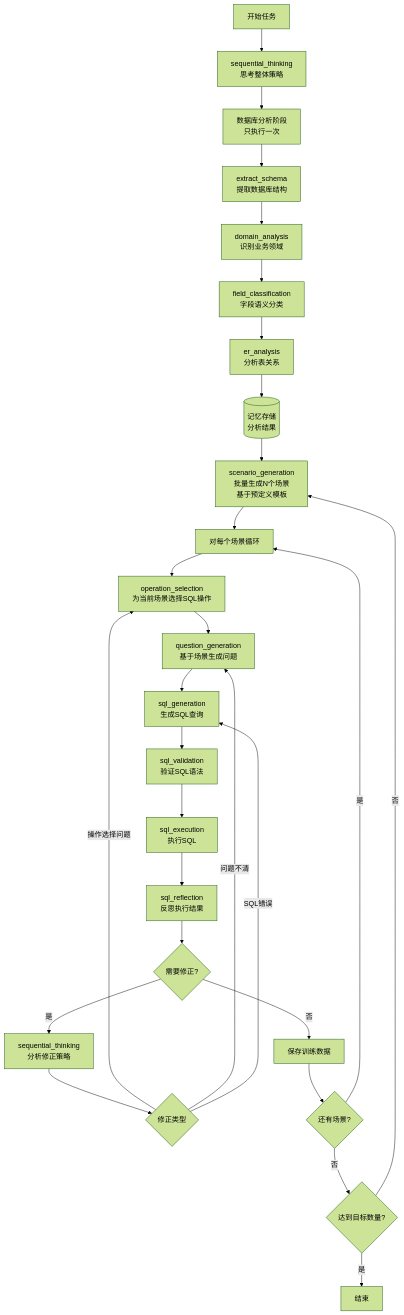
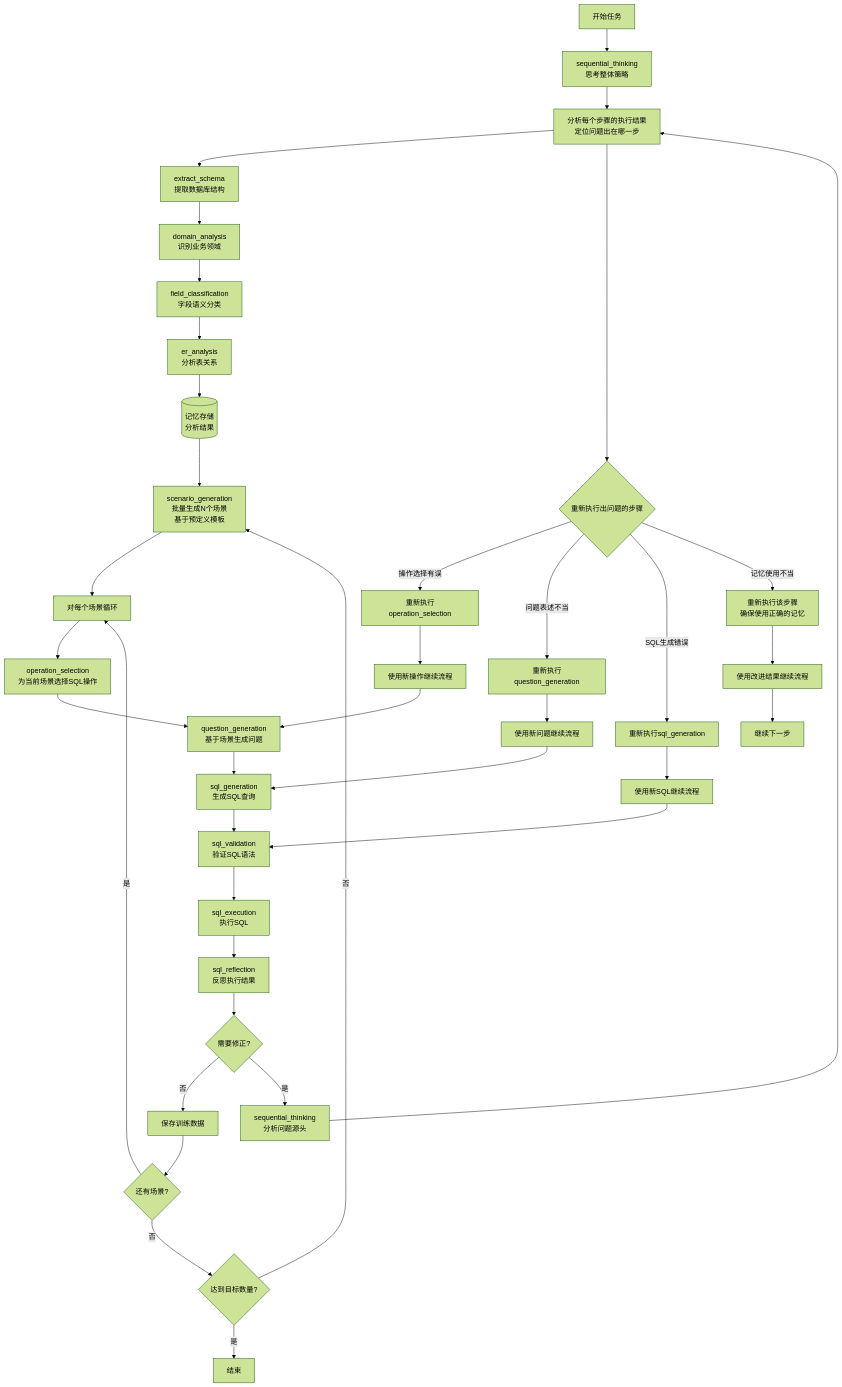
The diagram in semanticsql-agent/.doc/semanticsql-agent_DESIGN_SPEC.md (lizhenping/SemanticSQL-Agent), drawn with Mermaid (forest theme) before and after one commit.

Commit message:
Refactor error handling flow in design spec with detailed problem analysis

````diff
--- a/semanticsql-agent/.doc/semanticsql-agent_DESIGN_SPEC.md
+++ b/semanticsql-agent/.doc/semanticsql-agent_DESIGN_SPEC.md
@@ -70,36 +70,49 @@
 ```mermaid
 graph TB
     Start[开始任务] --> Think1[sequential_thinking<br/>思考整体策略]
     Think1 --> Analyze[数据库分析阶段<br/>只执行一次]
     
     Analyze --> Schema[extract_schema<br/>提取数据库结构]
     Schema --> Domain[domain_analysis<br/>识别业务领域]
     Domain --> Field[field_classification<br/>字段语义分类]
     Field --> ER[er_analysis<br/>分析表关系]
     ER --> Memory[(记忆存储<br/>分析结果)]
     
     Memory --> ScenarioBatch[scenario_generation<br/>批量生成N个场景<br/>基于预定义模板]
     
     ScenarioBatch --> ScenarioLoop[对每个场景循环]
     ScenarioLoop --> Operation[operation_selection<br/>为当前场景选择SQL操作]
     Operation --> Question[question_generation<br/>基于场景生成问题]
     Question --> SQL[sql_generation<br/>生成SQL查询]
     SQL --> Validate[sql_validation<br/>验证SQL语法]
     Validate --> Execute[sql_execution<br/>执行SQL]
     Execute --> Reflect[sql_reflection<br/>反思执行结果]
     
     Reflect --> Judge{需要修正?}
     Judge -->|否| Save[保存训练数据]
-    Judge -->|是| ThinkFix[sequential_thinking<br/>分析修正策略]
+    Judge -->|是| ThinkFix[sequential_thinking<br/>分析问题源头]
     
-    ThinkFix --> FixType{修正类型}
-    FixType -->|操作选择问题| Operation
-    FixType -->|问题不清| Question
-    FixType -->|SQL错误| SQL
+    ThinkFix --> Analyze[分析每个步骤的执行结果<br/>定位问题出在哪一步]
+    
+    Analyze --> ReDo{重新执行出问题的步骤}
+    ReDo -->|操作选择有误| ReOperation[重新执行operation_selection]
+    ReDo -->|问题表述不当| ReQuestion[重新执行question_generation]
+    ReDo -->|SQL生成错误| ReSQL[重新执行sql_generation]
+    ReDo -->|记忆使用不当| ReMemory[重新执行该步骤<br/>确保使用正确的记忆]
+    
+    ReOperation --> Continue1[使用新操作继续流程]
+    ReQuestion --> Continue2[使用新问题继续流程]
+    ReSQL --> Continue3[使用新SQL继续流程]
+    ReMemory --> Continue4[使用改进结果继续流程]
+    
+    Continue1 --> Question
+    Continue2 --> SQL
+    Continue3 --> Validate
+    Continue4 --> NextStep[继续下一步]
     
     Save --> NextScenario{还有场景?}
     NextScenario -->|是| ScenarioLoop
     NextScenario -->|否| CheckCount{达到目标数量?}
     CheckCount -->|否| ScenarioBatch
     CheckCount -->|是| End[结束]
 ```
````
